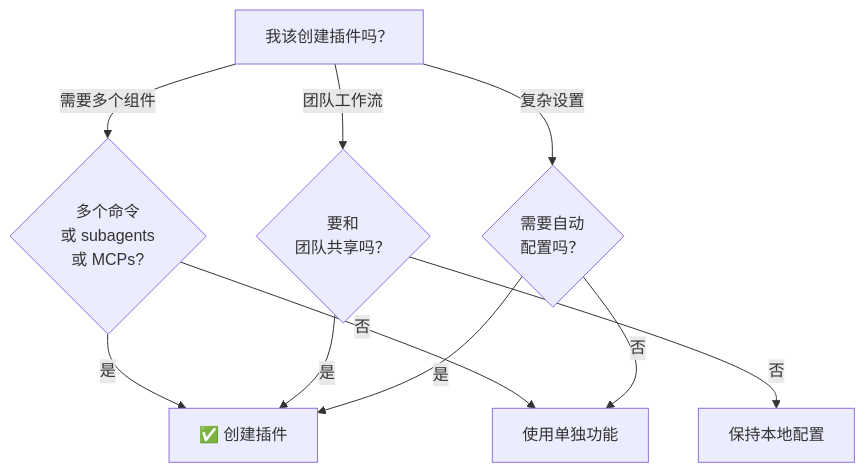
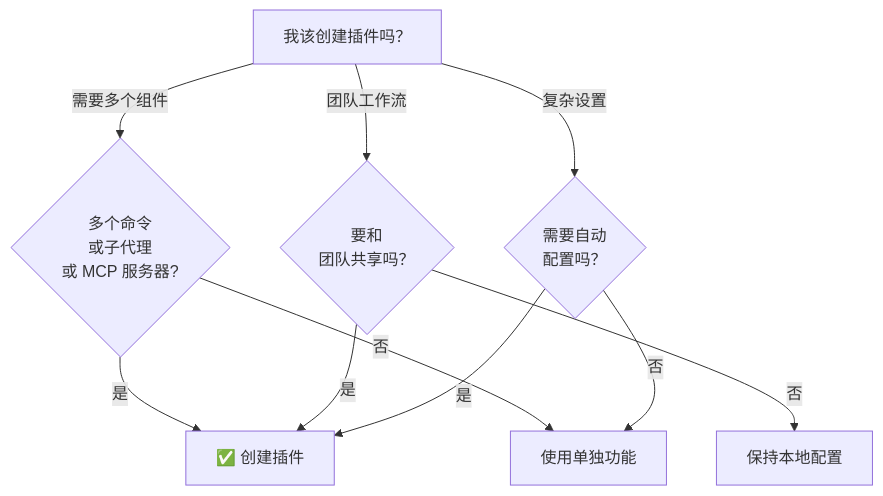
The fourth of 4 diagrams in 07-plugins/README-CN.md (tanqingkuang/claude-howto), drawn with Mermaid before and after one commit. The commit also changed other lines of this file and 84 other files, not shown here.

````diff
--- a/07-plugins/README-CN.md
+++ b/07-plugins/README-CN.md
@@ -626,13 +626,13 @@
 ```mermaid
 graph TD
     A["我该创建插件吗？"]
-    A -->|需要多个组件| B{"多个命令<br/>或 subagents<br/>或 MCPs?"}
+    A -->|需要多个组件| B{"多个命令<br/>或子代理<br/>或 MCP 服务器?"}
     B -->|是| C["✅ 创建插件"]
     B -->|否| D["使用单独功能"]
     A -->|团队工作流| E{"要和<br/>团队共享吗？"}
     E -->|是| C
     E -->|否| F["保持本地配置"]
     A -->|复杂设置| G{"需要自动<br/>配置吗？"}
     G -->|是| C
     G -->|否| D
 ```
````
